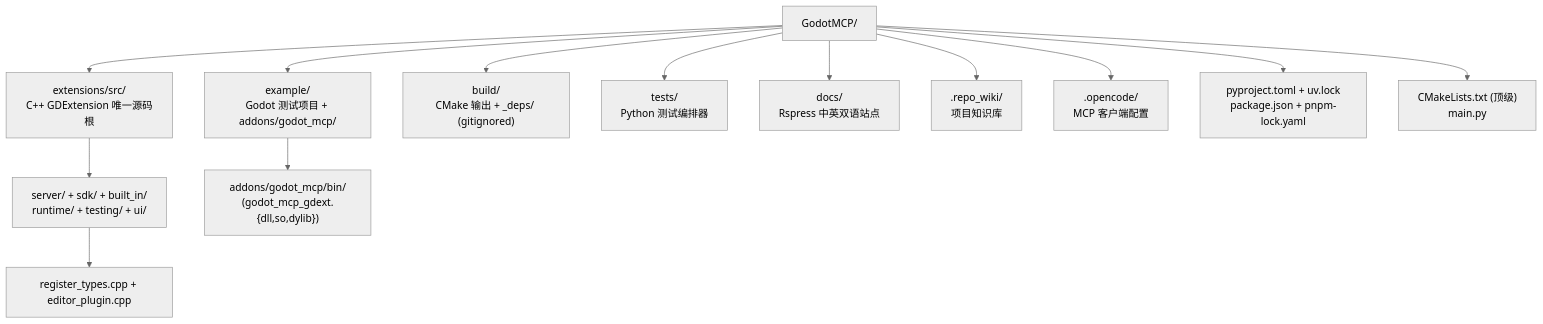
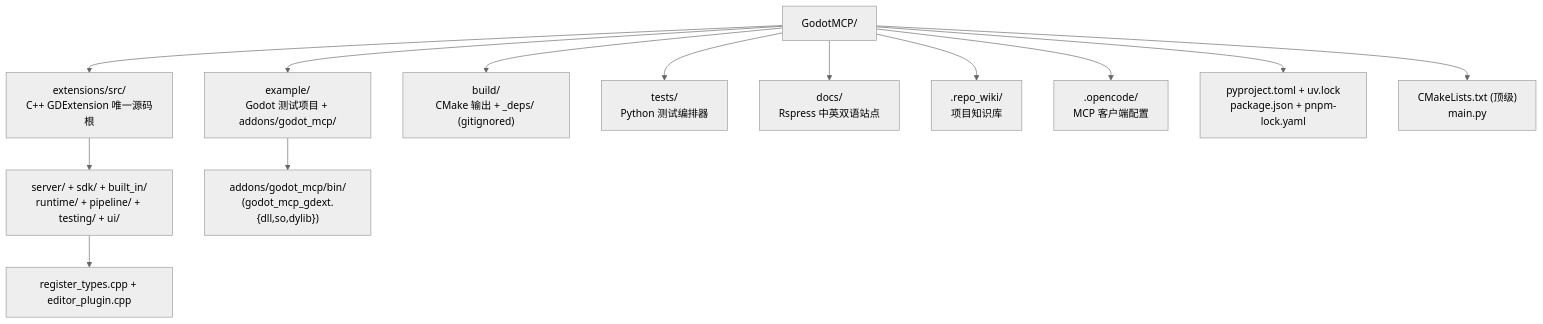
Before and after one commit to jesspig/GodotMCP-GDExtension: the first of 2 diagrams in .repo_wiki/specification/project-structure.md, drawn with Mermaid (neutral theme). The commit also changed other lines of this file and 30 other files, not shown here.

````diff
--- a/.repo_wiki/specification/project-structure.md
+++ b/.repo_wiki/specification/project-structure.md
@@ -5,16 +5,16 @@
 ```mermaid
 flowchart TB
     Root["GodotMCP/"]
     Root --> Src["extensions/src/<br/>C++ GDExtension 唯一源码根"]
     Root --> Example["example/<br/>Godot 测试项目 + addons/godot_mcp/"]
     Root --> Build["build/<br/>CMake 输出 + _deps/ (gitignored)"]
     Root --> Tests["tests/<br/>Python 测试编排器"]
     Root --> Docs["docs/<br/>Rspress 中英双语站点"]
     Root --> Wiki[".repo_wiki/<br/>项目知识库"]
     Root --> Opencode[".opencode/<br/>MCP 客户端配置"]
     Root --> Pkg["pyproject.toml + uv.lock<br/>package.json + pnpm-lock.yaml"]
     Root --> Cfg["CMakeLists.txt (顶级)<br/>main.py"]
-    Src --> Cpp["server/ + sdk/ + built_in/<br/>runtime/ + testing/ + ui/"]
+    Src --> Cpp["server/ + sdk/ + built_in/<br/>runtime/ + pipeline/ + testing/ + ui/"]
     Cpp --> Entry["register_types.cpp + editor_plugin.cpp"]
     Example --> Bin["addons/godot_mcp/bin/<br/>(godot_mcp_gdext.{dll,so,dylib})"]
 ```
````
